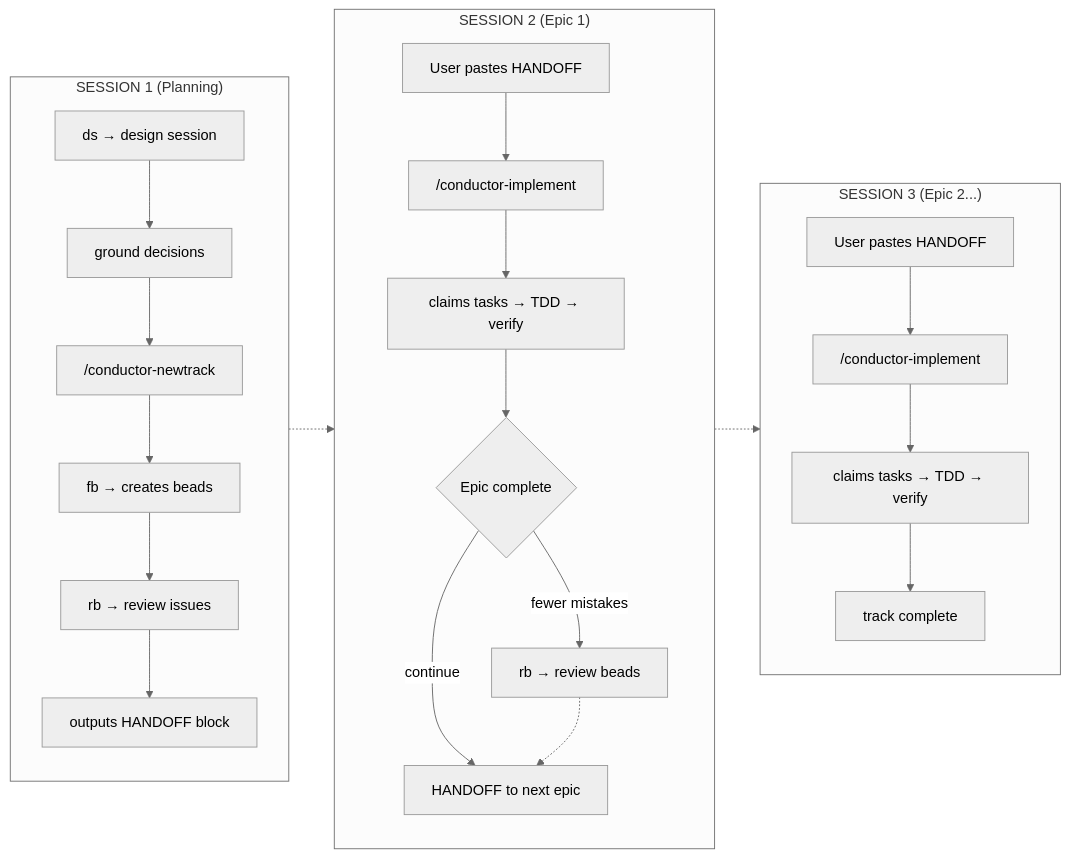
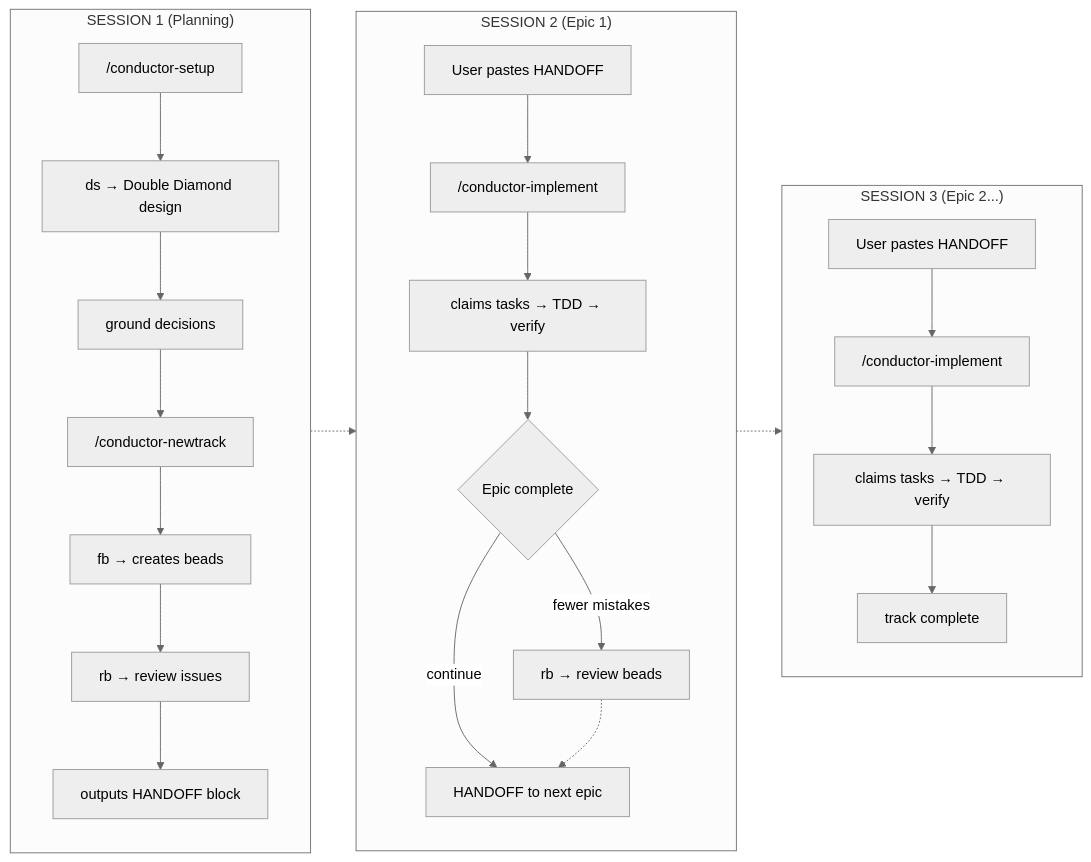
Before and after one commit to ReinaMacCredy/maestro: the third of 3 diagrams in README.md, drawn with Mermaid (neutral theme). The commit also changed other lines of this file and 9 other files, not shown here.

First line of the commit message:
feat(design): update mermaid diagrams with BMAD v6-style workflow

````diff
--- a/README.md
+++ b/README.md
@@ -332,50 +409,52 @@
 ```mermaid
 flowchart LR
     subgraph SESSION1["SESSION 1 (Planning)"]
         direction TB
-        design["ds → design session"]
+        setup["/conductor-setup"]
+        design["ds → Double Diamond design"]
         ground["ground decisions"]
         newtrack["/conductor-newtrack"]
         fb["fb → creates beads"]
         rb1["rb → review issues"]
         handoff["outputs HANDOFF block"]
         
+        setup --> design
         design --> ground
         ground --> newtrack
         newtrack --> fb
         fb --> rb1
         rb1 --> handoff
     end
     
     subgraph SESSION2["SESSION 2 (Epic 1)"]
         direction TB
         paste["User pastes HANDOFF"]
         implement["/conductor-implement"]
         tdd["claims tasks → TDD → verify"]
         choice{"Epic complete"}
         rb2["rb → review beads"]
         handoff2["HANDOFF to next epic"]
         
         paste --> implement
         implement --> tdd
         tdd --> choice
         choice -->|"fewer mistakes"| rb2
         choice -->|"continue"| handoff2
     end
     
     subgraph SESSION3["SESSION 3 (Epic 2...)"]
         direction TB
         paste2["User pastes HANDOFF"]
         implement2["/conductor-implement"]
         tdd2["claims tasks → TDD → verify"]
         complete["track complete"]
         
         paste2 --> implement2
         implement2 --> tdd2
         tdd2 --> complete
     end
     
     handoff -.-> paste
     rb2 -.-> handoff2
     handoff2 -.-> paste2
 ```
````
